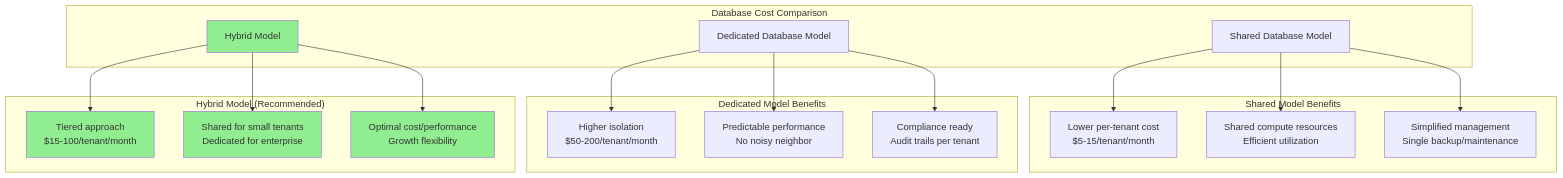
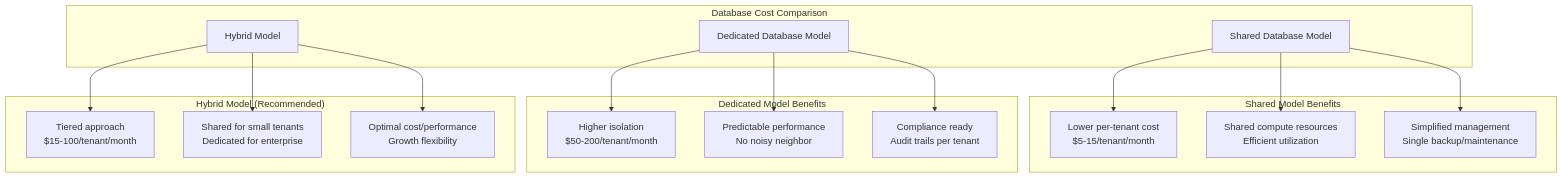
One commit to srnichols/StampsPattern changed the third of 9 diagrams in docs/COST_OPTIMIZATION_GUIDE.md. Above: the diagram before and after it, drawn with Mermaid. The commit also changed other lines of this file and 10 other files, not shown here.

Commit message:
docs: add Mermaid theme sample with per-diagram init (neutral/dark)

````diff
--- a/docs/COST_OPTIMIZATION_GUIDE.md
+++ b/docs/COST_OPTIMIZATION_GUIDE.md
@@ -239,41 +234,37 @@
 ```mermaid
 graph TB
     subgraph "Database Cost Comparison"
         A[Shared Database Model]
         B[Dedicated Database Model]
         C[Hybrid Model]
     end
     
     subgraph "Shared Model Benefits"
         A1[Lower per-tenant cost<br/>$5-15/tenant/month]
         A2[Shared compute resources<br/>Efficient utilization]
         A3[Simplified management<br/>Single backup/maintenance]
     end
     
     subgraph "Dedicated Model Benefits"
         B1[Higher isolation<br/>$50-200/tenant/month]
         B2[Predictable performance<br/>No noisy neighbor]
         B3[Compliance ready<br/>Audit trails per tenant]
     end
     
     subgraph "Hybrid Model (Recommended)"
         C1[Tiered approach<br/>$15-100/tenant/month]
         C2[Shared for small tenants<br/>Dedicated for enterprise]
         C3[Optimal cost/performance<br/>Growth flexibility]
     end
     
     A --> A1
     A --> A2
     A --> A3
     B --> B1
     B --> B2
     B --> B3
     C --> C1
     C --> C2
     C --> C3
-    
-    style C fill:#90EE90
-    style C1 fill:#90EE90
-    style C2 fill:#90EE90
-    style C3 fill:#90EE90
+
 ```
````
